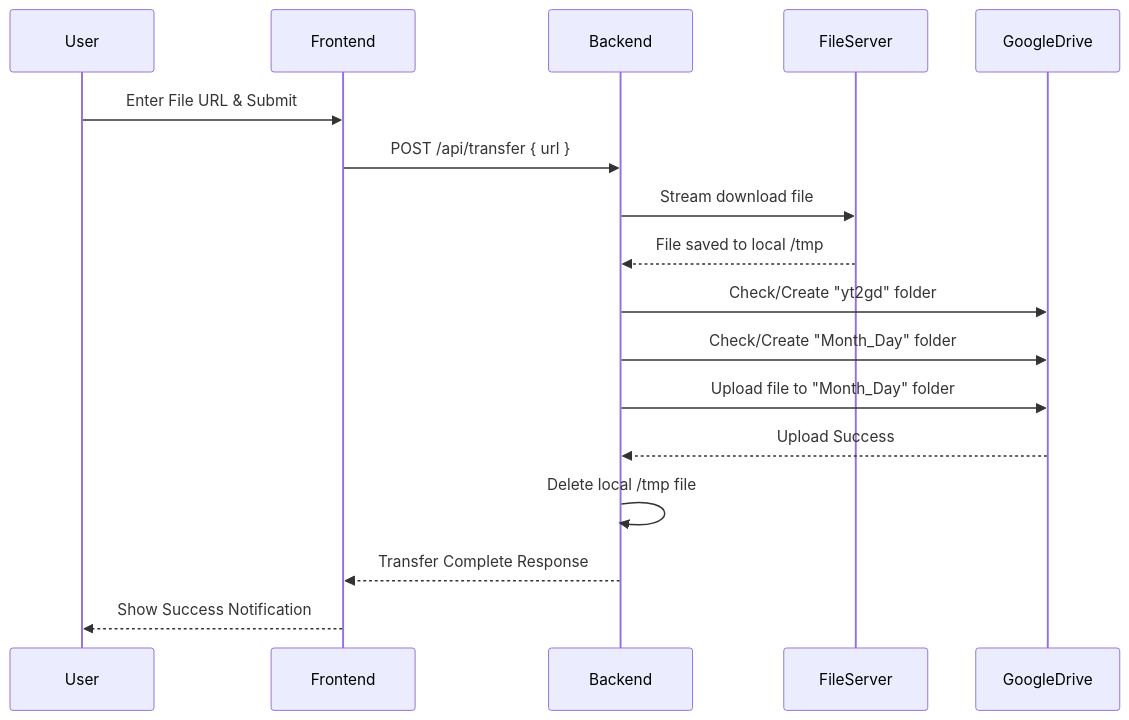
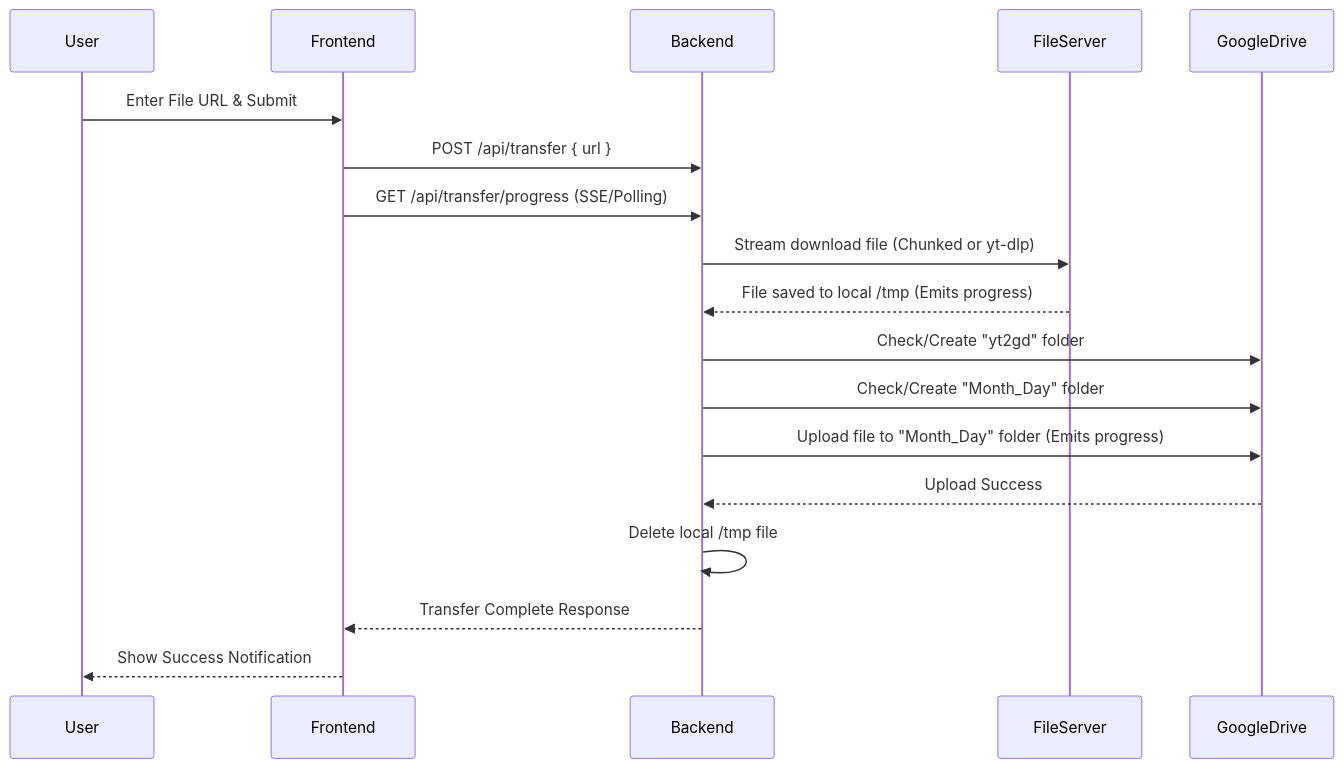
The second of 2 diagrams in design.md (shahab00x/yt2gd), drawn with Mermaid before and after one commit. The commit also changed other lines of this file and 16 other files, not shown here.

````diff
--- a/design.md
+++ b/design.md
@@ -38,20 +40,21 @@
 ```mermaid
 sequenceDiagram
     participant User
     participant Frontend
     participant Backend
     participant FileServer
     participant GoogleDrive
 
     User->>Frontend: Enter File URL & Submit
     Frontend->>Backend: POST /api/transfer { url }
-    Backend->>FileServer: Stream download file
-    FileServer-->>Backend: File saved to local /tmp
+    Frontend->>Backend: GET /api/transfer/progress (SSE/Polling)
+    Backend->>FileServer: Stream download file (Chunked or yt-dlp)
+    FileServer-->>Backend: File saved to local /tmp (Emits progress)
     Backend->>GoogleDrive: Check/Create "yt2gd" folder
     Backend->>GoogleDrive: Check/Create "Month_Day" folder
-    Backend->>GoogleDrive: Upload file to "Month_Day" folder
+    Backend->>GoogleDrive: Upload file to "Month_Day" folder (Emits progress)
     GoogleDrive-->>Backend: Upload Success
     Backend->>Backend: Delete local /tmp file
     Backend-->>Frontend: Transfer Complete Response
     Frontend-->>User: Show Success Notification
 ```
````
